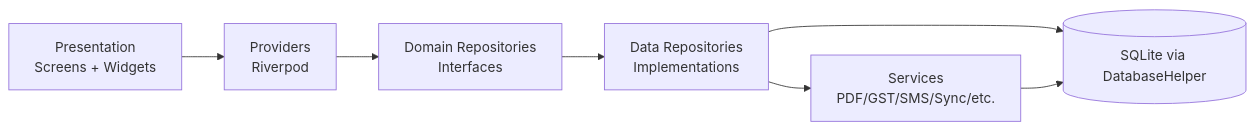
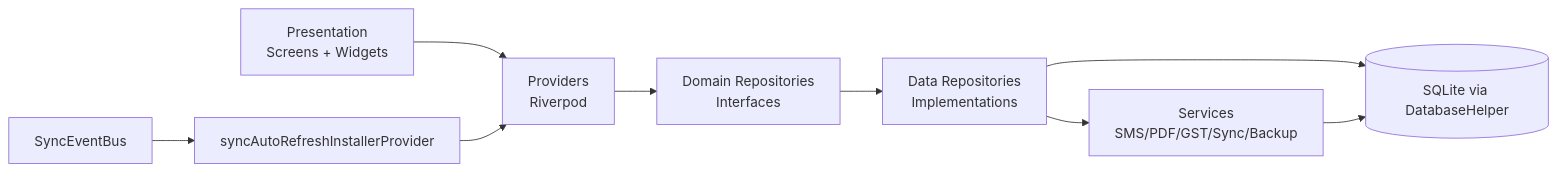
One commit to vloganathane/KashCube changed the diagram in docs/codebase/ARCHITECTURE_AS_BUILT.md. Above: the diagram before and after it, drawn with Mermaid. The commit also changed other lines of this file and 6 other files, not shown here.

First line of the commit message:
docs(architecture): expand as-built architecture into deep-dive pack

````diff
--- a/docs/codebase/ARCHITECTURE_AS_BUILT.md
+++ b/docs/codebase/ARCHITECTURE_AS_BUILT.md
@@ -53,9 +8,12 @@
 ```mermaid
 flowchart LR
   UI[Presentation\nScreens + Widgets] --> P[Providers\nRiverpod]
   P --> R[Domain Repositories\nInterfaces]
   R --> RI[Data Repositories\nImplementations]
   RI --> DB[(SQLite via DatabaseHelper)]
-  RI --> S[Services\nPDF/GST/SMS/Sync/etc.]
+  RI --> S[Services\nSMS/PDF/GST/Sync/Backup]
   S --> DB
+
+  Sync[SyncEventBus] --> Auto[syncAutoRefreshInstallerProvider]
+  Auto --> P
 ```
````
